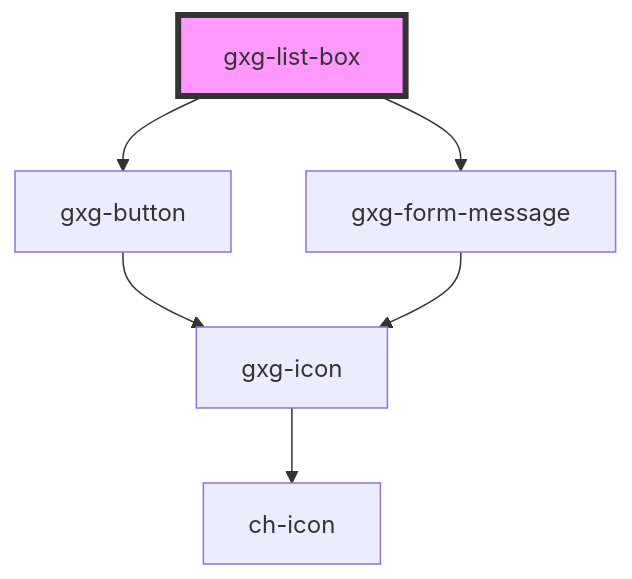
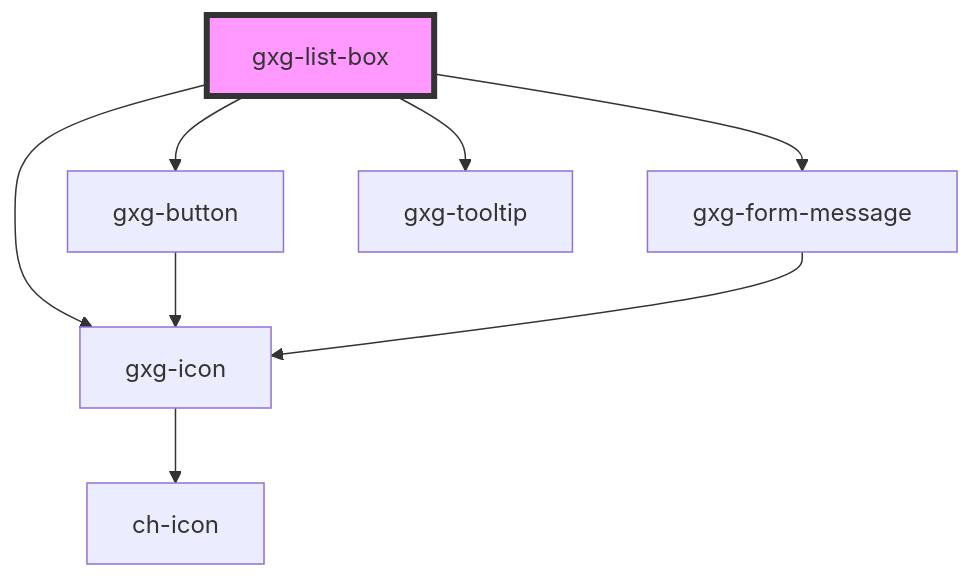
The diagram in src/components/list-box/readme.md (genexuslabs/gemini), drawn with Mermaid before and after one commit. The commit also changed other lines of this file and 19 other files, not shown here.

````diff
--- a/src/components/list-box/readme.md
+++ b/src/components/list-box/readme.md
@@ -53,9 +55,11 @@
 ```mermaid
 graph TD;
   gxg-list-box --> gxg-button
   gxg-list-box --> gxg-form-message
+  gxg-list-box --> gxg-tooltip
+  gxg-list-box --> gxg-icon
   gxg-button --> gxg-icon
   gxg-icon --> ch-icon
   gxg-form-message --> gxg-icon
   style gxg-list-box fill:#f9f,stroke:#333,stroke-width:4px
 ```
````
